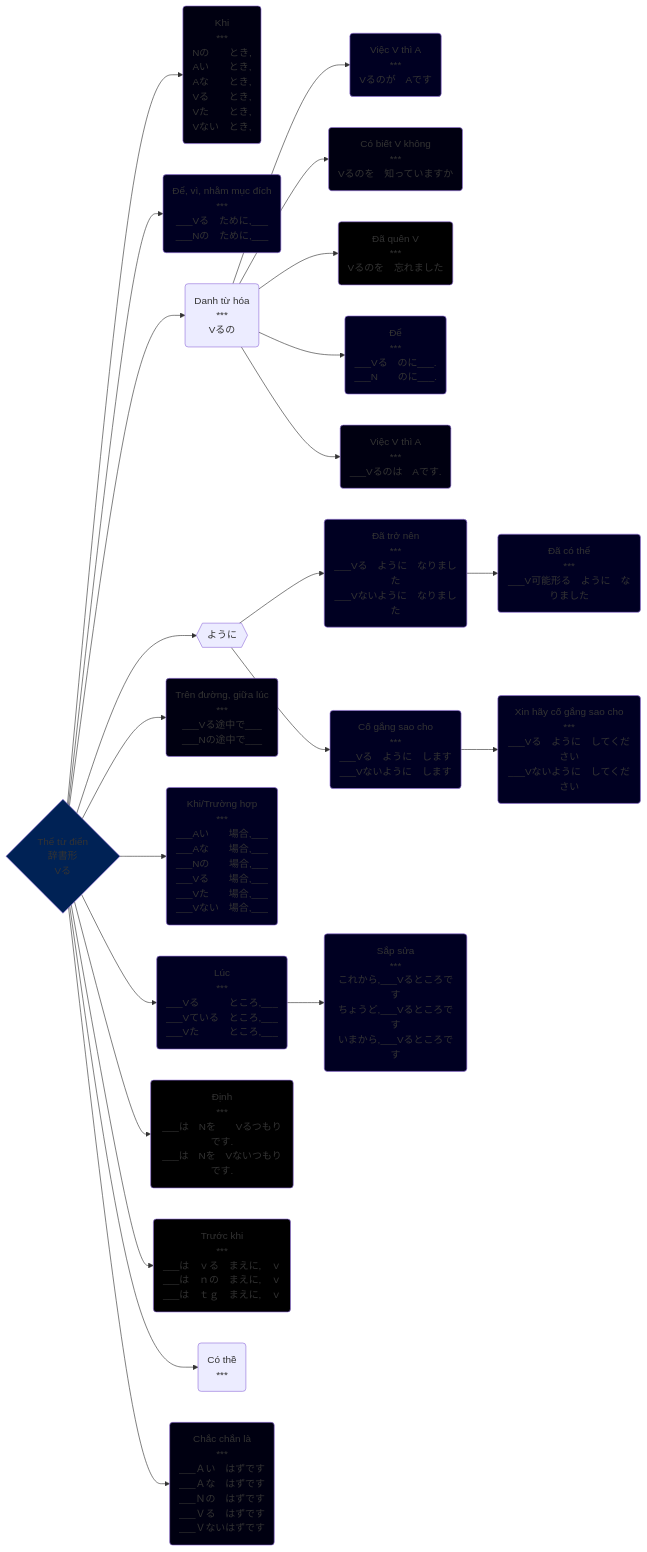
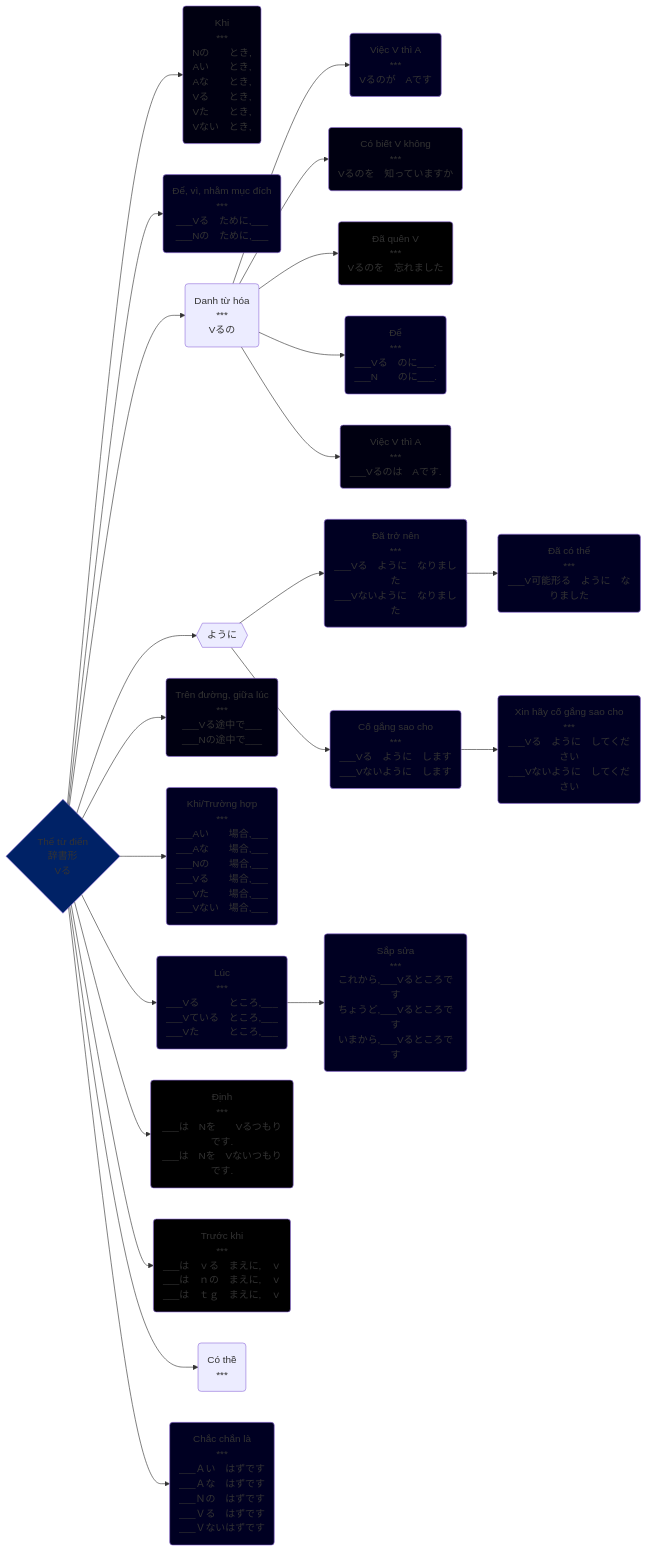
The diagram in The/辞書形.md (tea1504/learn), drawn with Mermaid before and after one commit. The commit also changed 7 other files, not shown here.

````diff
--- a/The/辞書形.md
+++ b/The/辞書形.md
@@ -2,46 +2,46 @@
 ```mermaid
 graph LR;
     V{Thể từ điển\n辞書形\nVる}
 
     V-->khi(Khi\n***\nNの　　とき,\nAい　　とき,\nAな　　とき,\nVる　　とき,\nVた　　とき,\nVない　とき,)
     V-->nhamMucDich(Để, vì, nhằm mục đích\n***\n___Vる　ために,___\n___Nの　ために,___)
     V-->danhTuHoa(Danh từ hóa\n***\nVるの)
     danhTuHoa-->viecVthiAGa(Việc V thì A\n***\nVるのが　Aです)
     danhTuHoa-->coBietVKhong(Có biết V không\n***\nVるのを　知っていますか)
     danhTuHoa-->daQuenV(Đã quên V\n***\nVるのを　忘れました)
     danhTuHoa-->de(Để\n***\n___Vる　のに___.\n___N　　のに___.)
     danhTuHoa-->viecVThiAHa(Việc V thì A\n***\n___Vるのは　Aです.)
     V-->youni{{ように}}
     youni-->daTroNen(Đã trở nên\n***\n___Vる　ように　なりました\n___Vないように　なりました)
     daTroNen-->daCoThe(Đã có thể\n***\n___V可能形る　ように　なりました)
     V-->trenDuongGiuaLuc(Trên đường, giữa lúc\n***\n___Vる途中で___\n___Nの途中で___)
     youni-->coGangSaoCho(Cố gắng sao cho\n***\n___Vる　ように　します\n___Vないように　します)
     coGangSaoCho-->xinHayCoGangSaoCho(Xin hãy cố gắng sao cho\n***\n___Vる　ように　してください\n___Vないように　してください)
     V-->truongHop(Khi/Trường hợp\n***\n___Aい　　場合,___\n___Aな　　場合,___\n___Nの　　場合,___\n___Vる　　場合,___\n___Vた　　場合,___\n___Vない　場合,___)
     V-->luc(Lúc\n***\n___Vる　　　ところ,___\n___Vている　ところ,___\n___Vた　　　ところ,___)
     luc-->sapSua(Sắp sửa\n***\nこれから,___Vるところです\nちょうど,___Vるところです\nいまから,___Vるところです)
     V-->dinh(Định\n***\n___は　Nを　　Vるつもりです.\n___は　Nを　Vないつもりです.)
     V-->truocKhi(Trước khi\n***\n___は　ｖる　まえに,　ｖ\n___は　ｎの　まえに,　ｖ\n___は　ｔｇ　まえに,　ｖ)
     V-->coThe(Có thề\n***\n)
     V-->chacChanLa(Chắc chắn là\n***\n___Ａい　はずです\n___Ａな　はずです\n___Ｎの　はずです\n___Ｖる　はずです\n___Ｖないはずです)
 
-    style V fill:#025
-    style chacChanLa fill:#001
+    style V fill:#026
+    style chacChanLa fill:#002
     style coBietVKhong fill:#001
     style coGangSaoCho fill:#002
     style daCoThe fill:#002
     style daQuenV fill:#000
     style daTroNen fill:#002
     style de fill:#002
     style dinh fill:#000
     style khi fill:#001
     style luc fill:#002
     style nhamMucDich fill:#002
     style sapSua fill:#002
     style trenDuongGiuaLuc fill:#001
     style truocKhi fill:#000
     style truongHop fill:#002
     style viecVthiAGa fill:#002
     style viecVThiAHa fill:#001
     style xinHayCoGangSaoCho fill:#002
 ```
````
